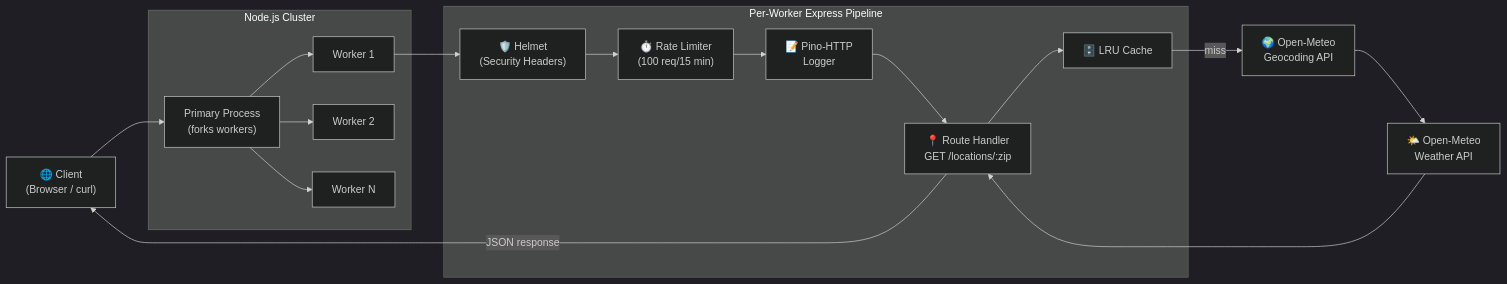
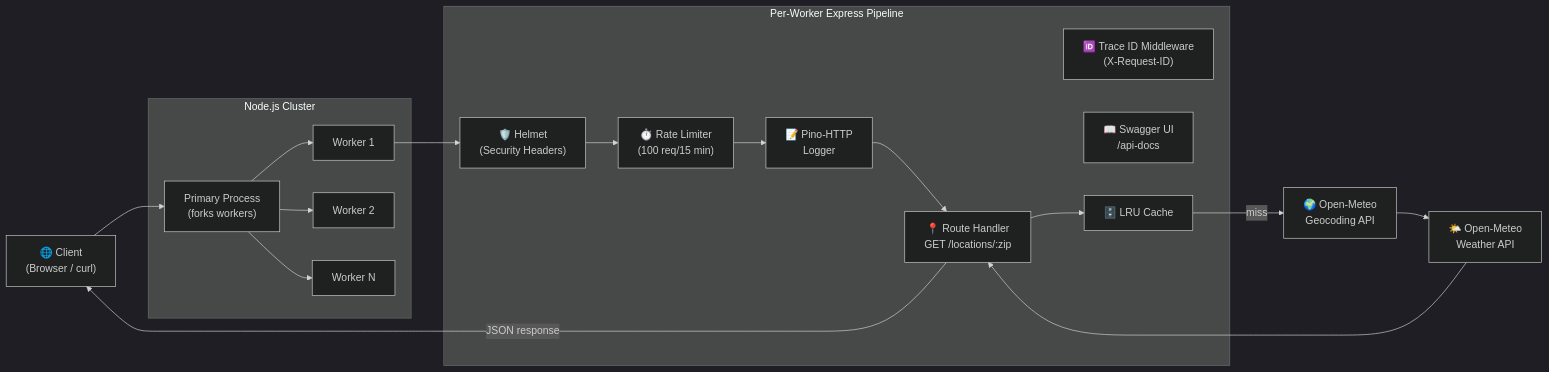
The first of 2 diagrams in README.md (Arnav2525/cyber-range-weather-api), drawn with Mermaid (dark theme) before and after one commit. The commit also changed other lines of this file and 5 other files, not shown here.

Commit message:
Implemented Swagger UI , Correlation Ids and Zod Schema Validation

````diff
--- a/README.md
+++ b/README.md
@@ -74,34 +80,36 @@
 ```mermaid
 flowchart LR
   Client["🌐 Client<br>(Browser / curl)"]
 
   subgraph Cluster["Node.js Cluster"]
     Primary["Primary Process<br>(forks workers)"]
     W1["Worker 1"]
     W2["Worker 2"]
     WN["Worker N"]
   end
 
   subgraph Pipeline["Per-Worker Express Pipeline"]
+    Tracing["🆔 Trace ID Middleware<br>(X-Request-ID)"]
     Helmet["🛡️ Helmet<br>(Security Headers)"]
     RateLimit["⏱️ Rate Limiter<br>(100 req/15 min)"]
+    Docs["📖 Swagger UI<br>/api-docs"]
     Logger["📝 Pino-HTTP<br>Logger"]
     Handler["📍 Route Handler<br>GET /locations/:zip"]
     Cache["🗄️ LRU Cache"]
   end
 
   GeoAPI["🌍 Open-Meteo<br>Geocoding API"]
   WeatherAPI["🌤️ Open-Meteo<br>Weather API"]
 
   Client --> Primary
   Primary --> W1 & W2 & WN
   W1 --> Helmet
   Helmet --> RateLimit
   RateLimit --> Logger
   Logger --> Handler
   Handler --> Cache
   Cache -->|miss| GeoAPI
   GeoAPI --> WeatherAPI
   WeatherAPI --> Handler
   Handler -->|JSON response| Client
 ```
````
